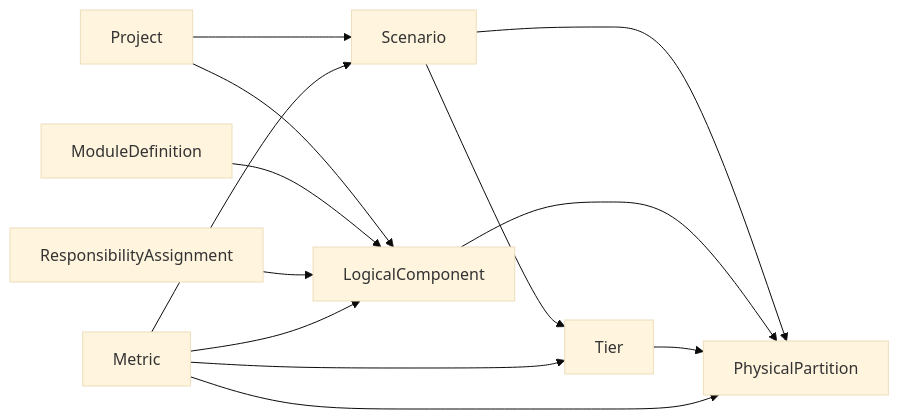
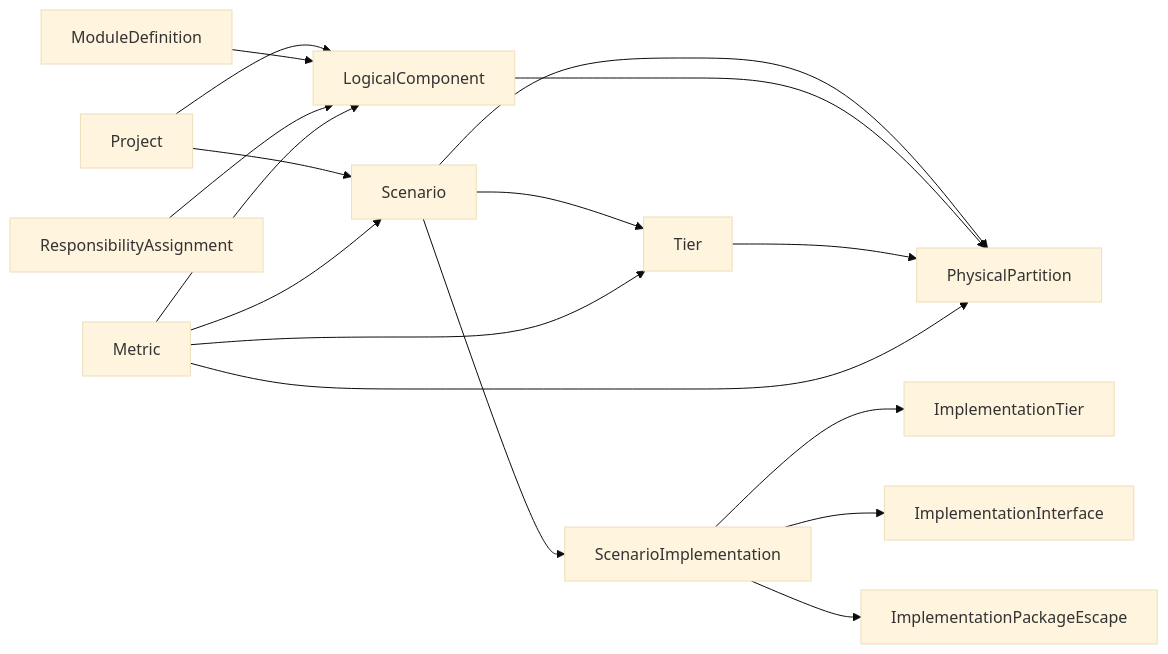
One commit to smhe00/soc_data changed the diagram in docs/schema_v7.md. Above: the diagram before and after it, drawn with Mermaid (base theme). The commit also changed other lines of this file and 8 other files, not shown here.

````diff
--- a/docs/schema_v7.md
+++ b/docs/schema_v7.md
@@ -16,15 +16,19 @@
 ```mermaid
 flowchart LR
   Project --> Scenario
   Project --> LogicalComponent
   ModuleDefinition --> LogicalComponent
   Scenario --> Tier
+  Scenario --> ScenarioImplementation
+  ScenarioImplementation --> ImplementationTier
+  ScenarioImplementation --> ImplementationInterface
+  ScenarioImplementation --> ImplementationPackageEscape
   Scenario --> PhysicalPartition
   LogicalComponent --> PhysicalPartition
   Tier --> PhysicalPartition
   ResponsibilityAssignment --> LogicalComponent
   Metric --> LogicalComponent
   Metric --> PhysicalPartition
   Metric --> Tier
   Metric --> Scenario
 ```
````
